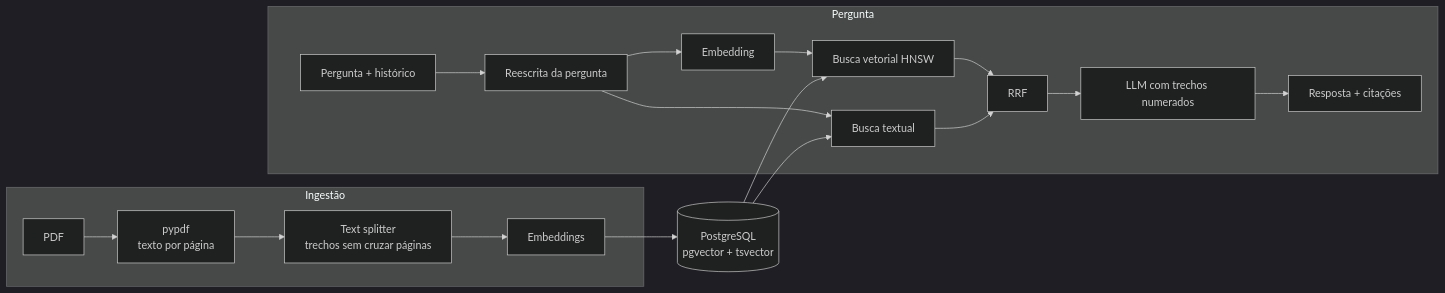
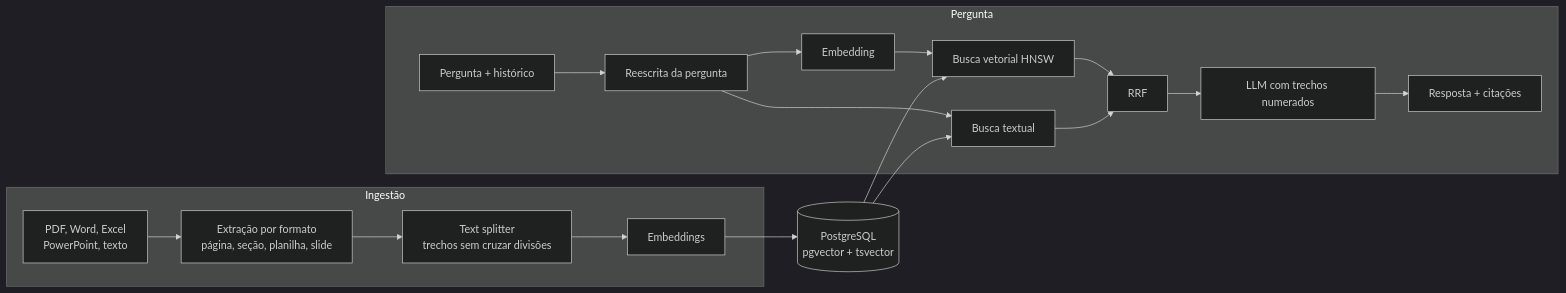
One commit to dudxp/DocChat changed the diagram in README.md. Above: the diagram before and after it, drawn with Mermaid (dark theme). The commit also changed other lines of this file and 76 other files, not shown here.

````diff
--- a/README.md
+++ b/README.md
@@ -101,22 +106,22 @@
 ```mermaid
 flowchart LR
     subgraph Ingestão
-        PDF[PDF] --> P[pypdf<br/>texto por página]
-        P --> S[Text splitter<br/>trechos sem cruzar páginas]
+        PDF[PDF, Word, Excel<br/>PowerPoint, texto] --> P[Extração por formato<br/>página, seção, planilha, slide]
+        P --> S[Text splitter<br/>trechos sem cruzar divisões]
         S --> E1[Embeddings]
     end
     E1 --> DB[(PostgreSQL<br/>pgvector + tsvector)]
 
     subgraph Pergunta
         Q[Pergunta + histórico] --> C[Reescrita da pergunta]
         C --> E2[Embedding]
         E2 --> V[Busca vetorial HNSW]
         C --> T[Busca textual]
         V --> F[RRF]
         T --> F
         F --> L[LLM com trechos numerados]
         L --> A[Resposta + citações]
     end
     DB --> V
     DB --> T
 ```
````
